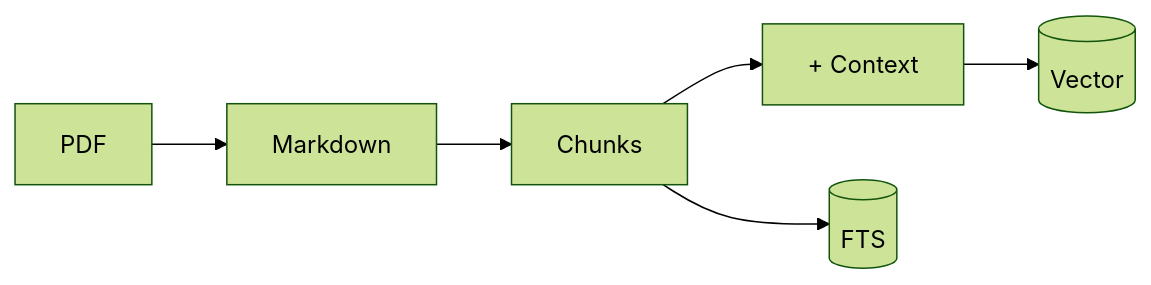
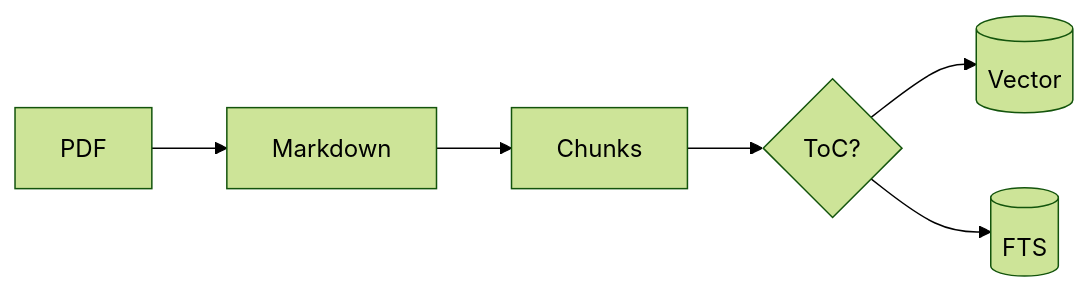
One commit to romankurakin/sova changed the first of 2 diagrams in README.md. Above: the diagram before and after it, drawn with Mermaid (forest theme). The commit also changed other lines of this file and 2 other files, not shown here.

````diff
--- a/README.md
+++ b/README.md
@@ -40,6 +40,7 @@
 ```mermaid
 flowchart LR
     PDF --> Markdown --> Chunks
-    Chunks --> Context[+ Context] --> Embeddings[(Vector)]
-    Chunks --> BM25[(FTS)]
+    Chunks --> Classify{ToC?}
+    Classify --> Embeddings[(Vector)]
+    Classify --> BM25[(FTS)]
 ```
````
